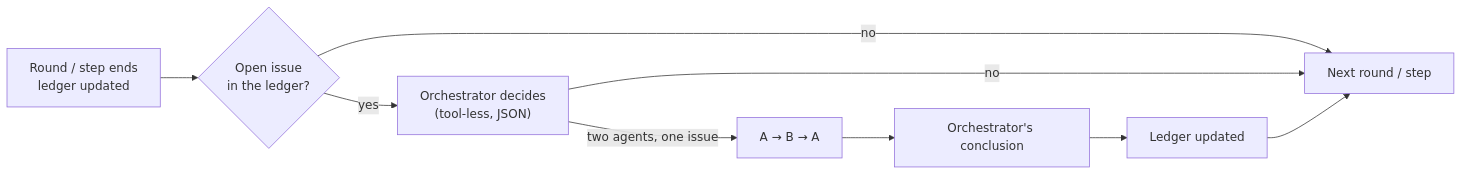
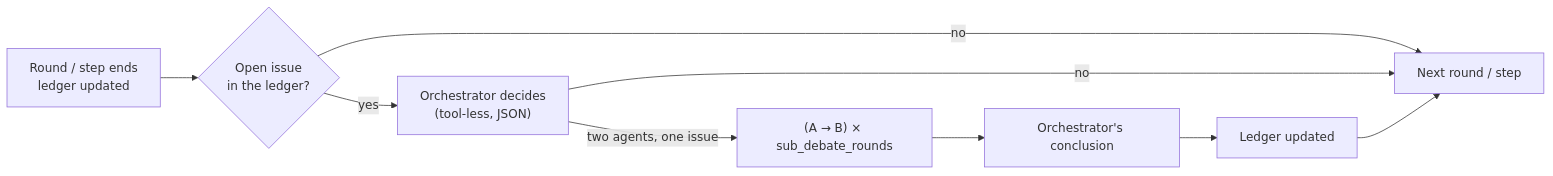
Before and after one commit to HaJaehee/MultiAgentDebateAndOrchestrationPlatform: the second of 2 diagrams in wiki/orchestration/debate-strategies.md, drawn with Mermaid. The commit also changed other lines of this file and 29 other files, not shown here.

````diff
--- a/wiki/orchestration/debate-strategies.md
+++ b/wiki/orchestration/debate-strategies.md
@@ -260,11 +260,11 @@
 ```mermaid
 flowchart LR
     R["Round / step ends<br/>ledger updated"] --> Q{"Open issue<br/>in the ledger?"}
     Q -->|no| N["Next round / step"]
     Q -->|yes| A["Orchestrator decides<br/>(tool-less, JSON)"]
     A -->|no| N
-    A -->|"two agents, one issue"| S["A → B → A"]
+    A -->|"two agents, one issue"| S["(A → B) × sub_debate_rounds"]
     S --> C["Orchestrator's conclusion"]
     C --> L["Ledger updated"]
     L --> N
 ```
````
